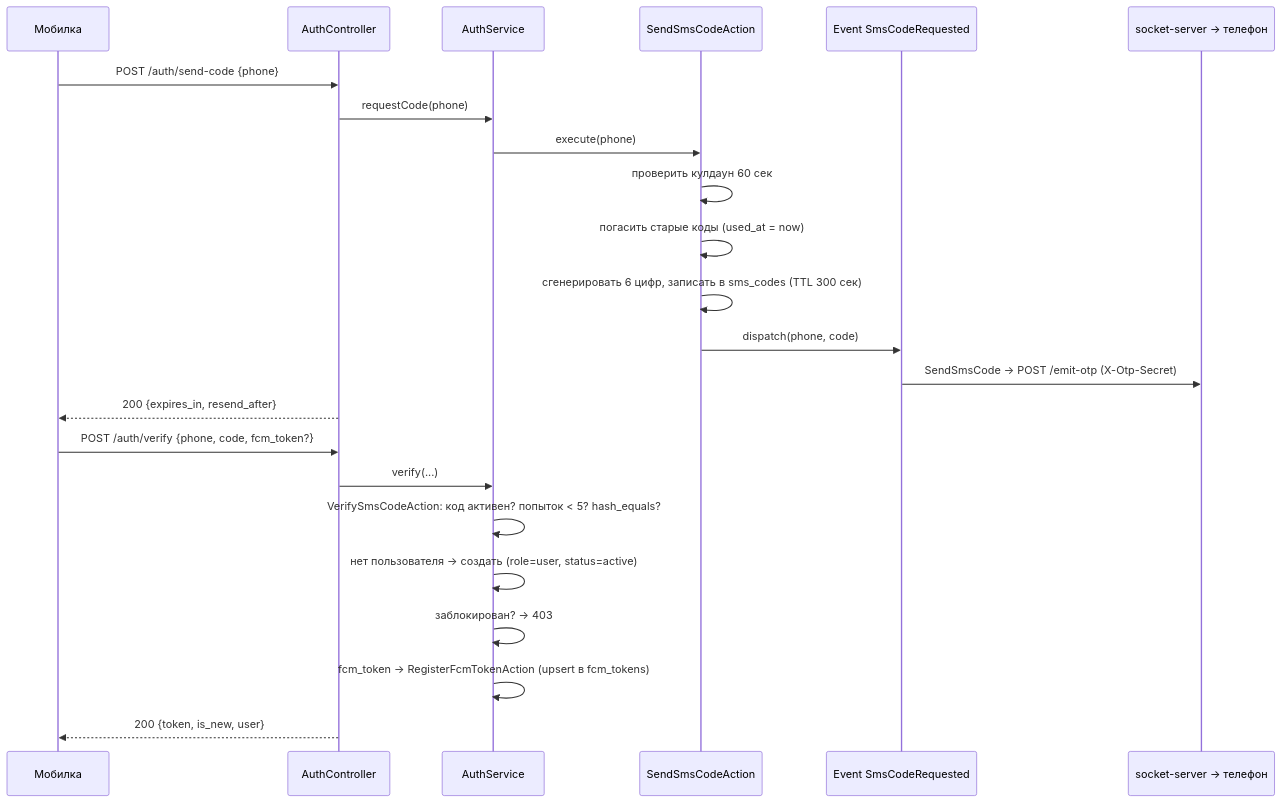
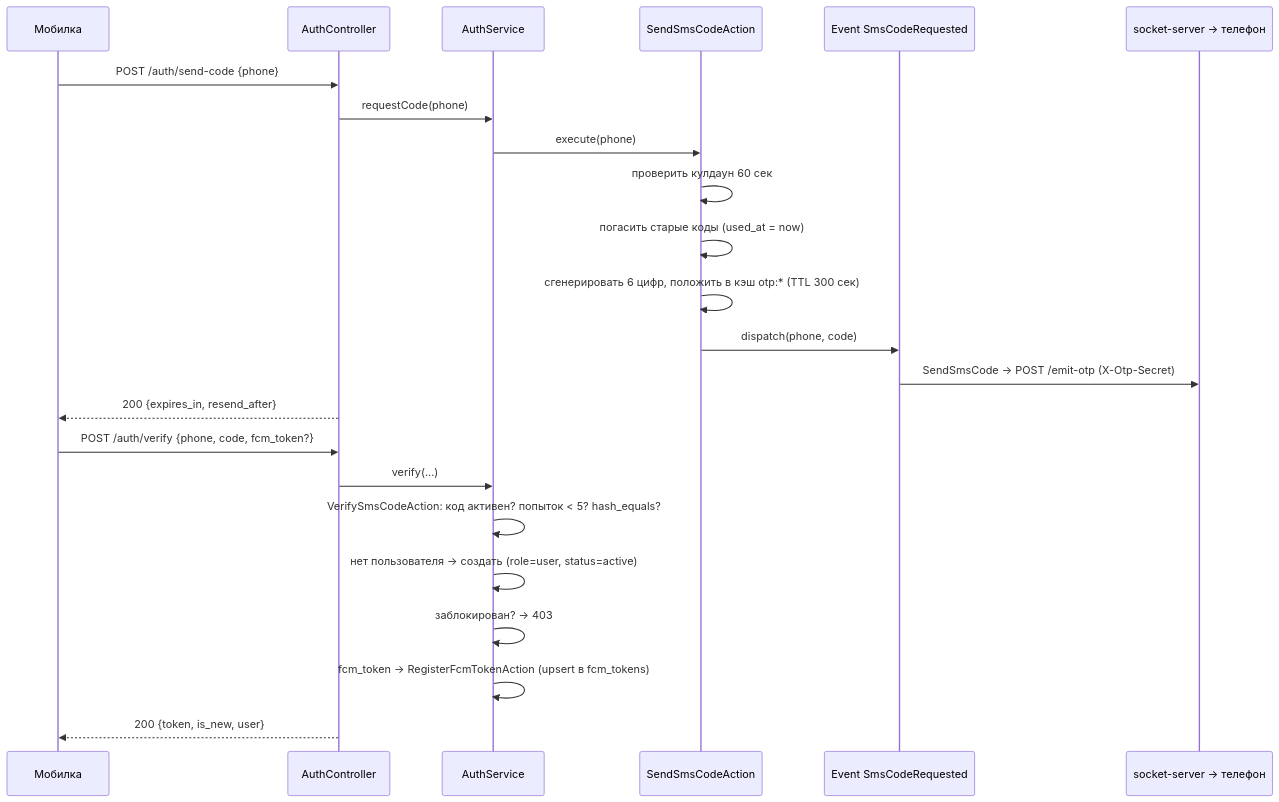
The fifth of 9 diagrams in docs/ARCHITECTURE.md (Mekan-developer/dashoguzsowda), drawn with Mermaid before and after one commit. The commit also changed other lines of this file and 16 other files, not shown here.

First line of the commit message:
refactor(api): хранить OTP-коды в Redis, а не в таблице sms_codes

````diff
--- a/docs/ARCHITECTURE.md
+++ b/docs/ARCHITECTURE.md
@@ -683,27 +683,27 @@
 ```mermaid
 sequenceDiagram
     participant M as Мобилка
     participant C as AuthController
     participant S as AuthService
     participant A as SendSmsCodeAction
     participant E as Event SmsCodeRequested
     participant G as socket-server → телефон
 
     M->>C: POST /auth/send-code {phone}
     C->>S: requestCode(phone)
     S->>A: execute(phone)
     A->>A: проверить кулдаун 60 сек
     A->>A: погасить старые коды (used_at = now)
-    A->>A: сгенерировать 6 цифр, записать в sms_codes (TTL 300 сек)
+    A->>A: сгенерировать 6 цифр, положить в кэш otp:* (TTL 300 сек)
     A->>E: dispatch(phone, code)
     E->>G: SendSmsCode → POST /emit-otp (X-Otp-Secret)
     C-->>M: 200 {expires_in, resend_after}
 
     M->>C: POST /auth/verify {phone, code, fcm_token?}
     C->>S: verify(...)
     S->>S: VerifySmsCodeAction: код активен? попыток < 5? hash_equals?
     S->>S: нет пользователя → создать (role=user, status=active)
     S->>S: заблокирован? → 403
     S->>S: fcm_token → RegisterFcmTokenAction (upsert в fcm_tokens)
     C-->>M: 200 {token, is_new, user}
 ```
````
